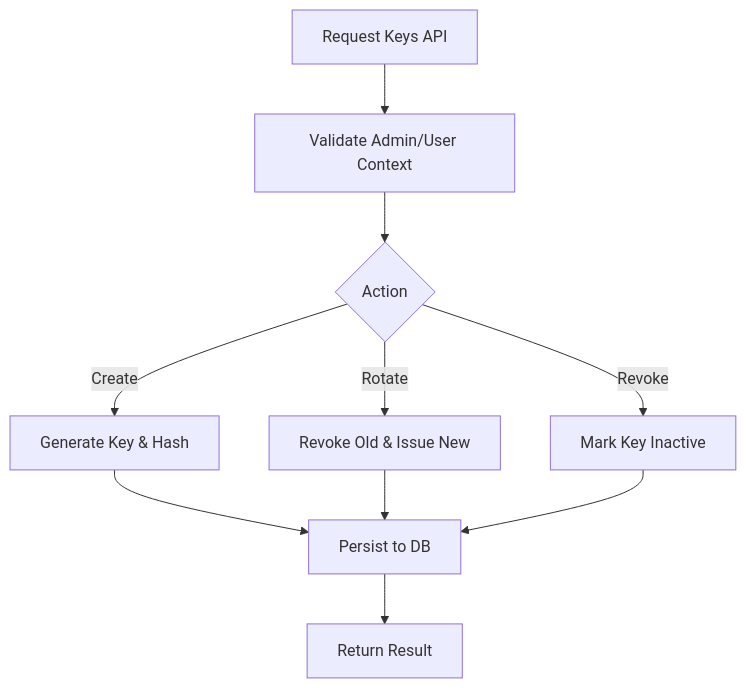
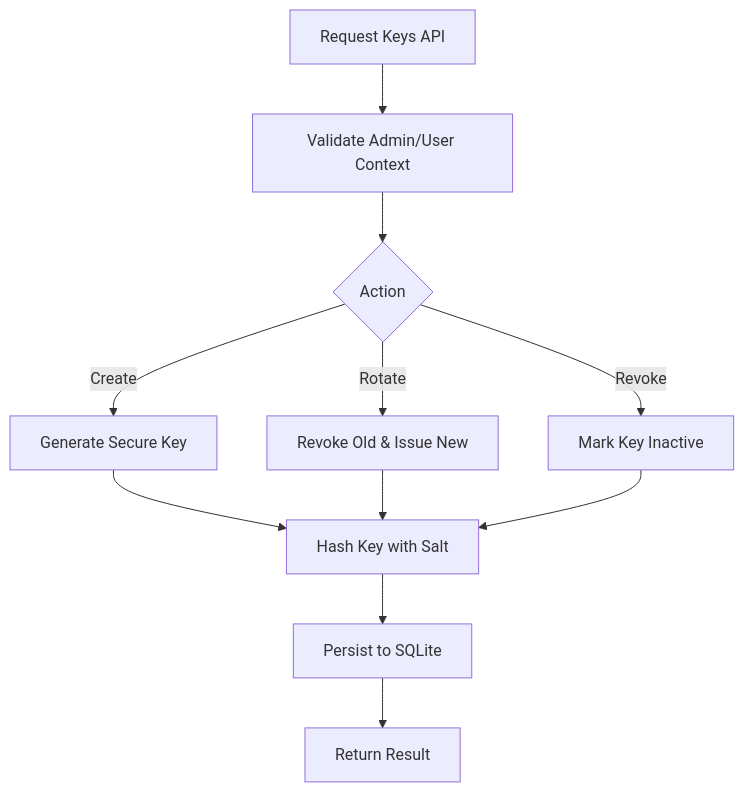
One commit to HassanAmeer/cheaprouter changed the eighth of 10 diagrams in .qoder/repowiki/en/content/Backend Architecture/Backend Architecture.md. Above: the diagram before and after it, drawn with Mermaid. The commit also changed other lines of this file and 54 other files, not shown here.

````diff
--- a/.qoder/repowiki/en/content/Backend Architecture/Backend Architecture.md
+++ b/.qoder/repowiki/en/content/Backend Architecture/Backend Architecture.md
@@ -266,12 +311,13 @@
 ```mermaid
 flowchart TD
 A["Request Keys API"] --> B["Validate Admin/User Context"]
 B --> C{"Action"}
-C --> |Create| D["Generate Key & Hash"]
+C --> |Create| D["Generate Secure Key"]
 C --> |Rotate| E["Revoke Old & Issue New"]
 C --> |Revoke| F["Mark Key Inactive"]
-D --> G["Persist to DB"]
+D --> G["Hash Key with Salt"]
 E --> G
 F --> G
-G --> H["Return Result"]
+G --> H["Persist to SQLite"]
+H --> I["Return Result"]
 ```
````
